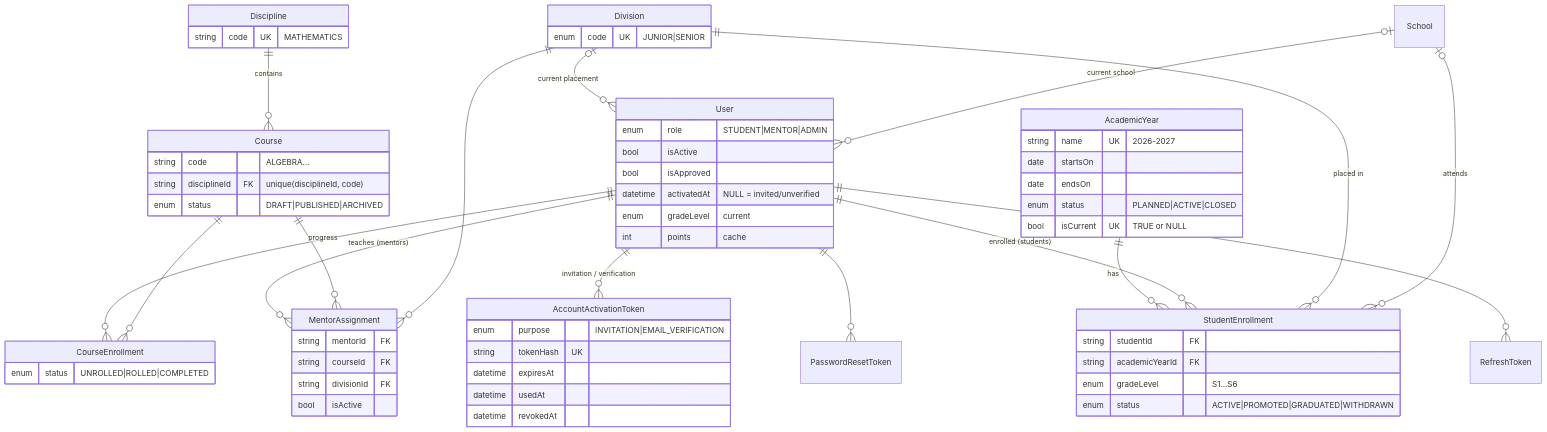
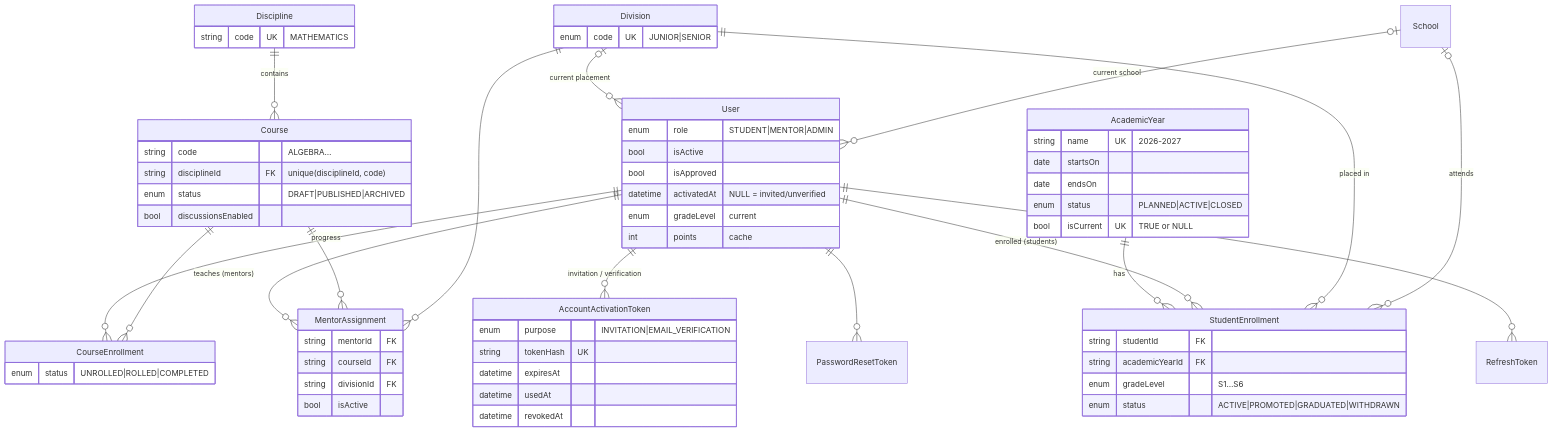
Before and after one commit to Theoneste1/ROFBACKENDTEST: the first of 5 diagrams in docs/DATABASE.md, drawn with Mermaid. The commit also changed other lines of this file and 10 other files, not shown here.

First line of the commit message:
Courses: discussions switch per course and learning-resource metadata

````diff
--- a/docs/DATABASE.md
+++ b/docs/DATABASE.md
@@ -49,28 +49,28 @@
 ```mermaid
 erDiagram
   Discipline ||--o{ Course : contains
   AcademicYear ||--o{ StudentEnrollment : "has"
   User ||--o{ StudentEnrollment : "enrolled (students)"
   Division ||--o{ StudentEnrollment : "placed in"
   School |o--o{ StudentEnrollment : "attends"
   Division |o--o{ User : "current placement"
   School |o--o{ User : "current school"
   User ||--o{ MentorAssignment : "teaches (mentors)"
   Course ||--o{ MentorAssignment : ""
   Division ||--o{ MentorAssignment : ""
   User ||--o{ CourseEnrollment : "progress"
   Course ||--o{ CourseEnrollment : ""
   User ||--o{ RefreshToken : ""
   User ||--o{ PasswordResetToken : ""
   User ||--o{ AccountActivationToken : "invitation / verification"
 
   Discipline { string code UK "MATHEMATICS" }
-  Course { string code "ALGEBRA…" string disciplineId FK "unique(disciplineId, code)" enum status "DRAFT|PUBLISHED|ARCHIVED" }
+  Course { string code "ALGEBRA…" string disciplineId FK "unique(disciplineId, code)" enum status "DRAFT|PUBLISHED|ARCHIVED" bool discussionsEnabled }
   Division { enum code UK "JUNIOR|SENIOR" }
   AcademicYear { string name UK "2026-2027" date startsOn date endsOn enum status "PLANNED|ACTIVE|CLOSED" bool isCurrent UK "TRUE or NULL" }
   StudentEnrollment { string studentId FK string academicYearId FK enum gradeLevel "S1…S6" enum status "ACTIVE|PROMOTED|GRADUATED|WITHDRAWN" }
   User { enum role "STUDENT|MENTOR|ADMIN" bool isActive bool isApproved datetime activatedAt "NULL = invited/unverified" enum gradeLevel "current" int points "cache" }
   AccountActivationToken { enum purpose "INVITATION|EMAIL_VERIFICATION" string tokenHash UK datetime expiresAt datetime usedAt datetime revokedAt }
   MentorAssignment { string mentorId FK string courseId FK string divisionId FK bool isActive }
   CourseEnrollment { enum status "UNROLLED|ROLLED|COMPLETED" }
 ```
````
